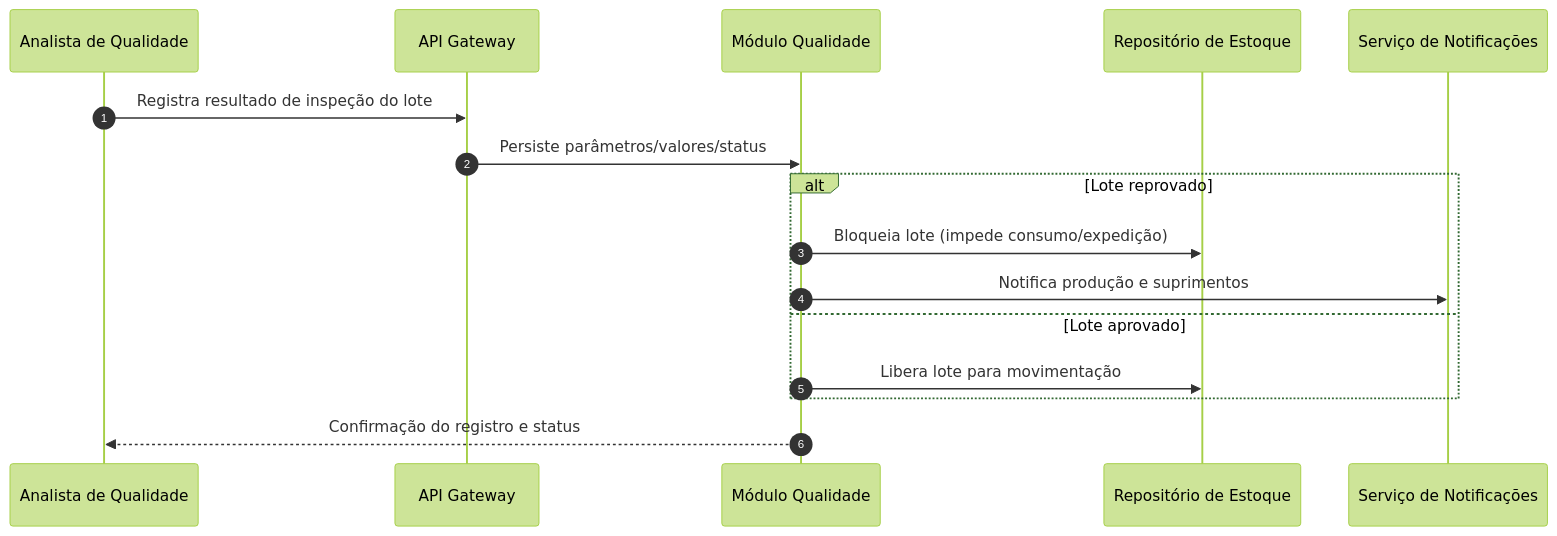
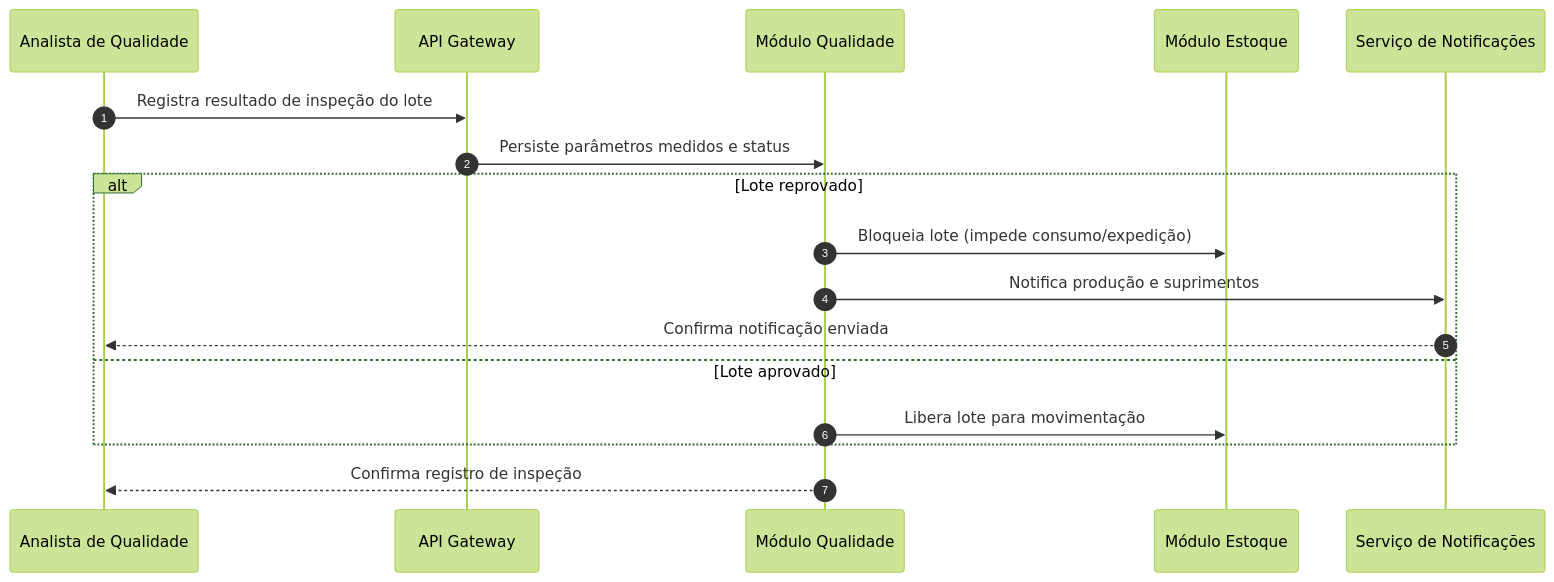
One commit to PDC-ESIA/AI4ES changed the fourth of 4 diagrams in docs/Time_2_Design/analise-qualitativa/outputs/relatorio_claude_opus_4_8_G03.md. Above: the diagram before and after it, drawn with Mermaid (forest theme). The commit also changed other lines of this file and 93 other files, not shown here.

````diff
--- a/docs/Time_2_Design/analise-qualitativa/outputs/relatorio_claude_opus_4_8_G03.md
+++ b/docs/Time_2_Design/analise-qualitativa/outputs/relatorio_claude_opus_4_8_G03.md
@@ -140,19 +155,20 @@
 ```mermaid
 sequenceDiagram
     autonumber
     participant Q as Analista de Qualidade
     participant GW as API Gateway
-    participant QA as Módulo Qualidade
-    participant EST as Repositório de Estoque
+    participant QLT as Módulo Qualidade
+    participant EST as Módulo Estoque
     participant NOT as Serviço de Notificações
 
     Q->>GW: Registra resultado de inspeção do lote
-    GW->>QA: Persiste parâmetros/valores/status
+    GW->>QLT: Persiste parâmetros medidos e status
     alt Lote reprovado
-        QA->>EST: Bloqueia lote (impede consumo/expedição)
-        QA->>NOT: Notifica produção e suprimentos
+        QLT->>EST: Bloqueia lote (impede consumo/expedição)
+        QLT->>NOT: Notifica produção e suprimentos
+        NOT-->>Q: Confirma notificação enviada
     else Lote aprovado
-        QA->>EST: Libera lote para movimentação
+        QLT->>EST: Libera lote para movimentação
     end
-    QA-->>Q: Confirmação do registro e status
+    QLT-->>Q: Confirma registro de inspeção
 ```
````
